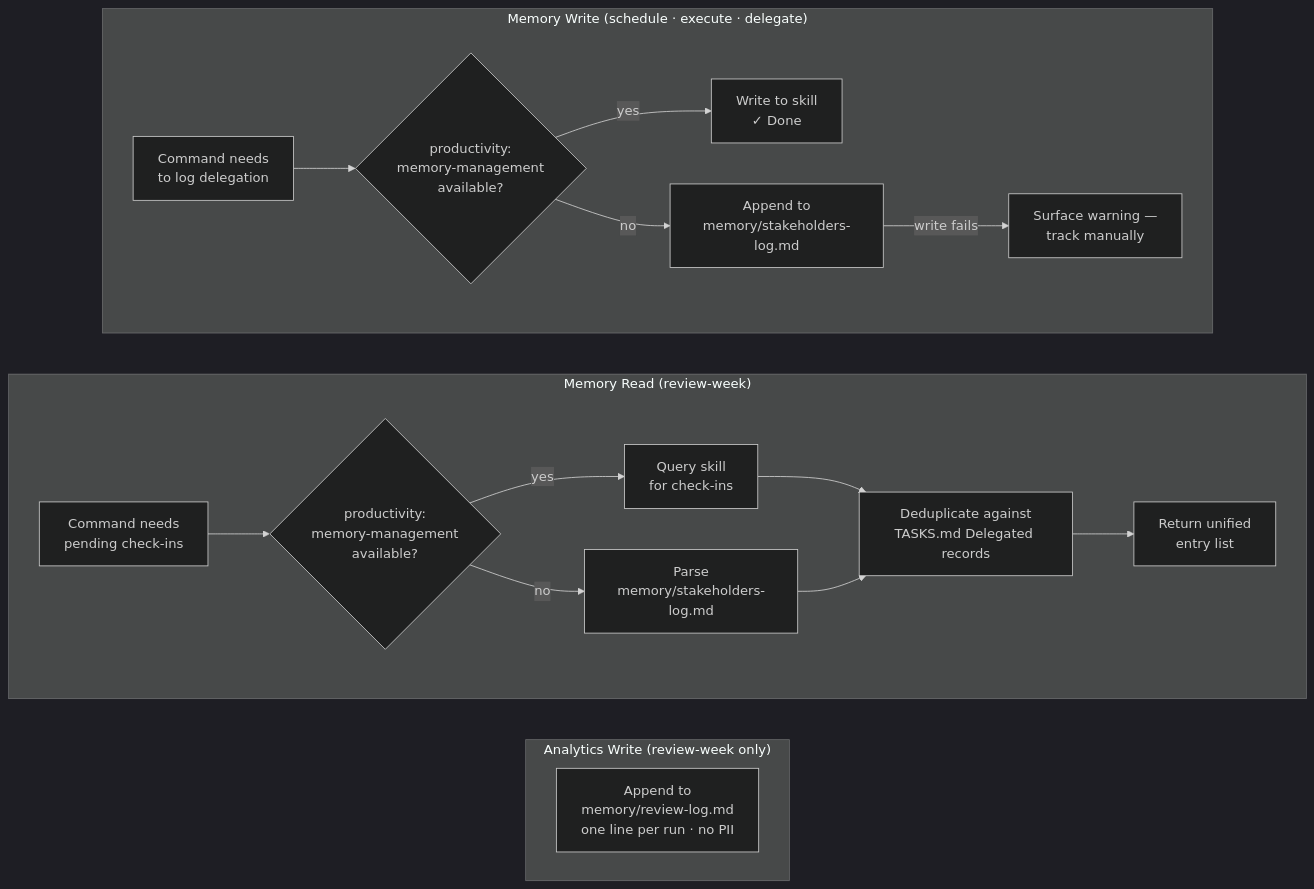
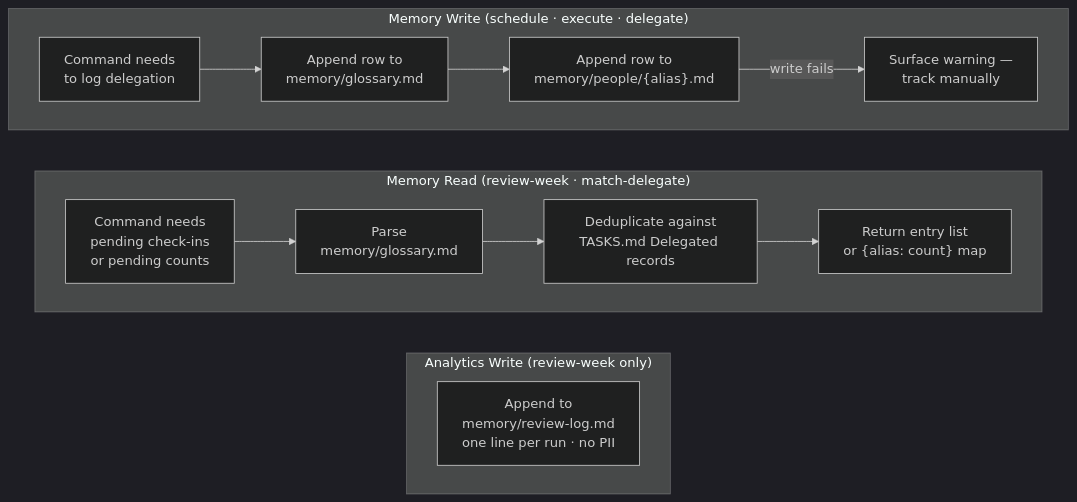
The third of 3 diagrams in docs/architecture.md (chriscantu/claude-eisenhower), drawn with Mermaid (dark theme) before and after one commit. The commit also changed other lines of this file and 14 other files, not shown here.

````diff
--- a/docs/architecture.md
+++ b/docs/architecture.md
@@ -180,40 +183,33 @@
 ```mermaid
 flowchart TD
     subgraph WRITE["Memory Write  (schedule · execute · delegate)"]
         direction LR
         wcmd["Command needs\nto log delegation"]
-        wskill{"productivity:\nmemory-management\navailable?"}
-        wskill_yes["Write to skill\n✓ Done"]
-        wskill_no["Append to\nmemory/stakeholders-log.md"]
+        wglossary["Append row to\nmemory/glossary.md"]
+        wpeople["Append row to\nmemory/people/{alias}.md"]
         wfail["Surface warning —\ntrack manually"]
 
-        wcmd --> wskill
-        wskill -->|"yes"| wskill_yes
-        wskill -->|"no"| wskill_no
-        wskill_no -->|"write fails"| wfail
+        wcmd --> wglossary
+        wglossary --> wpeople
+        wpeople -->|"write fails"| wfail
     end
 
-    subgraph READ["Memory Read  (review-week)"]
+    subgraph READ["Memory Read  (review-week · match-delegate)"]
         direction LR
-        rcmd["Command needs\npending check-ins"]
-        rskill{"productivity:\nmemory-management\navailable?"}
-        rskill_yes["Query skill\nfor check-ins"]
-        rskill_no["Parse\nmemory/stakeholders-log.md"]
+        rcmd["Command needs\npending check-ins\nor pending counts"]
+        rparse["Parse\nmemory/glossary.md"]
         rmerge["Deduplicate against\nTASKS.md Delegated records"]
-        rout["Return unified\nentry list"]
+        rout["Return entry list\nor {alias: count} map"]
 
-        rcmd --> rskill
-        rskill -->|"yes"| rskill_yes
-        rskill -->|"no"| rskill_no
-        rskill_yes --> rmerge
-        rskill_no --> rmerge
+        rcmd --> rparse
+        rparse --> rmerge
         rmerge --> rout
     end
 
     subgraph ANALYTICS["Analytics Write  (review-week only)"]
         alog["Append to\nmemory/review-log.md\none line per run · no PII"]
     end
 
     WRITE ~~~ READ
     READ ~~~ ANALYTICS
 ```
````
